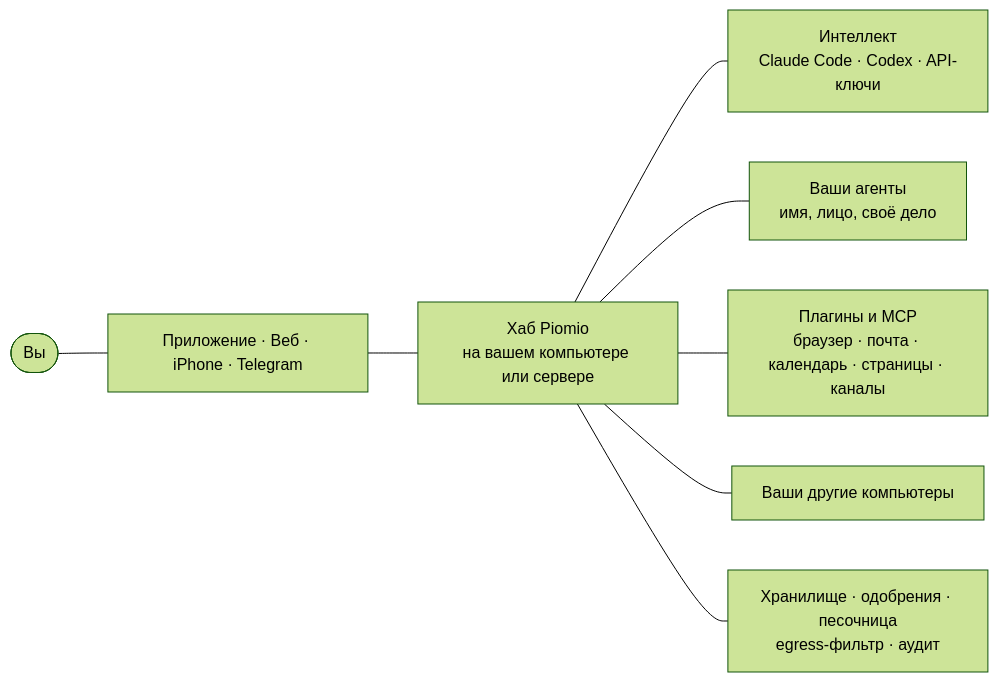
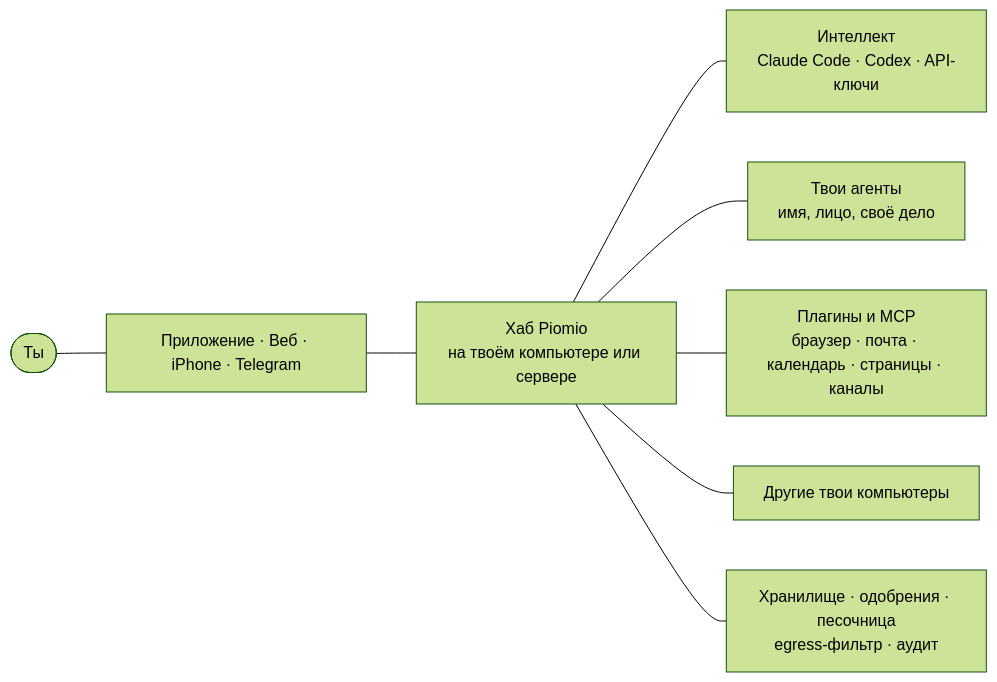
The diagram in README.ru.md (legostin/piomio), drawn with Mermaid (forest theme) before and after one commit. The commit also changed other lines of this file and 4 other files, not shown here.

````diff
--- a/README.ru.md
+++ b/README.ru.md
@@ -99,10 +99,10 @@
 ```mermaid
 flowchart LR
-  you(["Вы"]) --- apps["Приложение · Веб · iPhone · Telegram"]
-  apps --- hub["Хаб Piomio<br/>на вашем компьютере или сервере"]
+  you(["Ты"]) --- apps["Приложение · Веб · iPhone · Telegram"]
+  apps --- hub["Хаб Piomio<br/>на твоём компьютере или сервере"]
   hub --- brains["Интеллект<br/>Claude Code · Codex · API-ключи"]
-  hub --- team["Ваши агенты<br/>имя, лицо, своё дело"]
+  hub --- team["Твои агенты<br/>имя, лицо, своё дело"]
   hub --- tools["Плагины и MCP<br/>браузер · почта · календарь · страницы · каналы"]
-  hub --- machines["Ваши другие компьютеры"]
+  hub --- machines["Другие твои компьютеры"]
   hub --- guard["Хранилище · одобрения · песочница<br/>egress-фильтр · аудит"]
 ```
````
